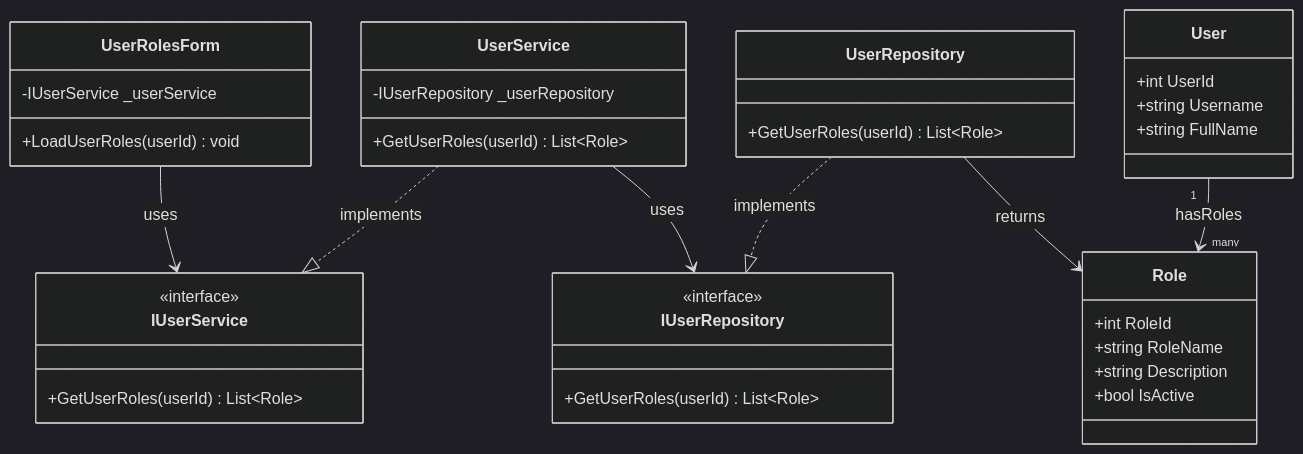
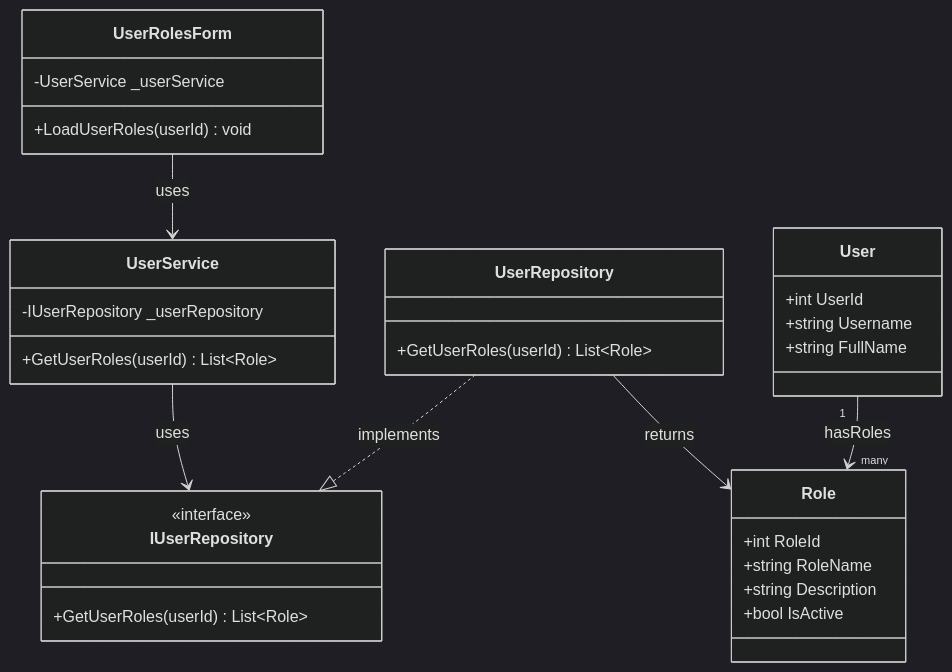
Diagram 15 of 18 in Documentation/UML_Diagrams/19_Users_UseCases.md (nahuk86/tp_diploma_nk_2026), drawn with Mermaid (dark theme) before and after one commit. The commit also changed other lines of this file and 1 other file, not shown here.

First line of the commit message:
docs: remove non-existent IUserService and IRoleService interface references

````diff
--- a/Documentation/UML_Diagrams/19_Users_UseCases.md
+++ b/Documentation/UML_Diagrams/19_Users_UseCases.md
@@ -628,46 +585,40 @@
 ```mermaid
 classDiagram
     class UserRolesForm {
-        -IUserService _userService
+        -UserService _userService
         +LoadUserRoles(userId) void
-    }
-
-    class IUserService {
-        <<interface>>
-        +GetUserRoles(userId) List~Role~
     }
 
     class UserService {
         -IUserRepository _userRepository
         +GetUserRoles(userId) List~Role~
     }
 
     class IUserRepository {
         <<interface>>
         +GetUserRoles(userId) List~Role~
     }
 
     class UserRepository {
         +GetUserRoles(userId) List~Role~
     }
 
     class User {
         +int UserId
         +string Username
         +string FullName
     }
 
     class Role {
         +int RoleId
         +string RoleName
         +string Description
         +bool IsActive
     }
 
-    UserRolesForm --> IUserService : uses
-    UserService ..|> IUserService : implements
+    UserRolesForm --> UserService : uses
     UserService --> IUserRepository : uses
     UserRepository ..|> IUserRepository : implements
     UserRepository --> Role : returns
     User "1" --> "many" Role : hasRoles
 ```
````
